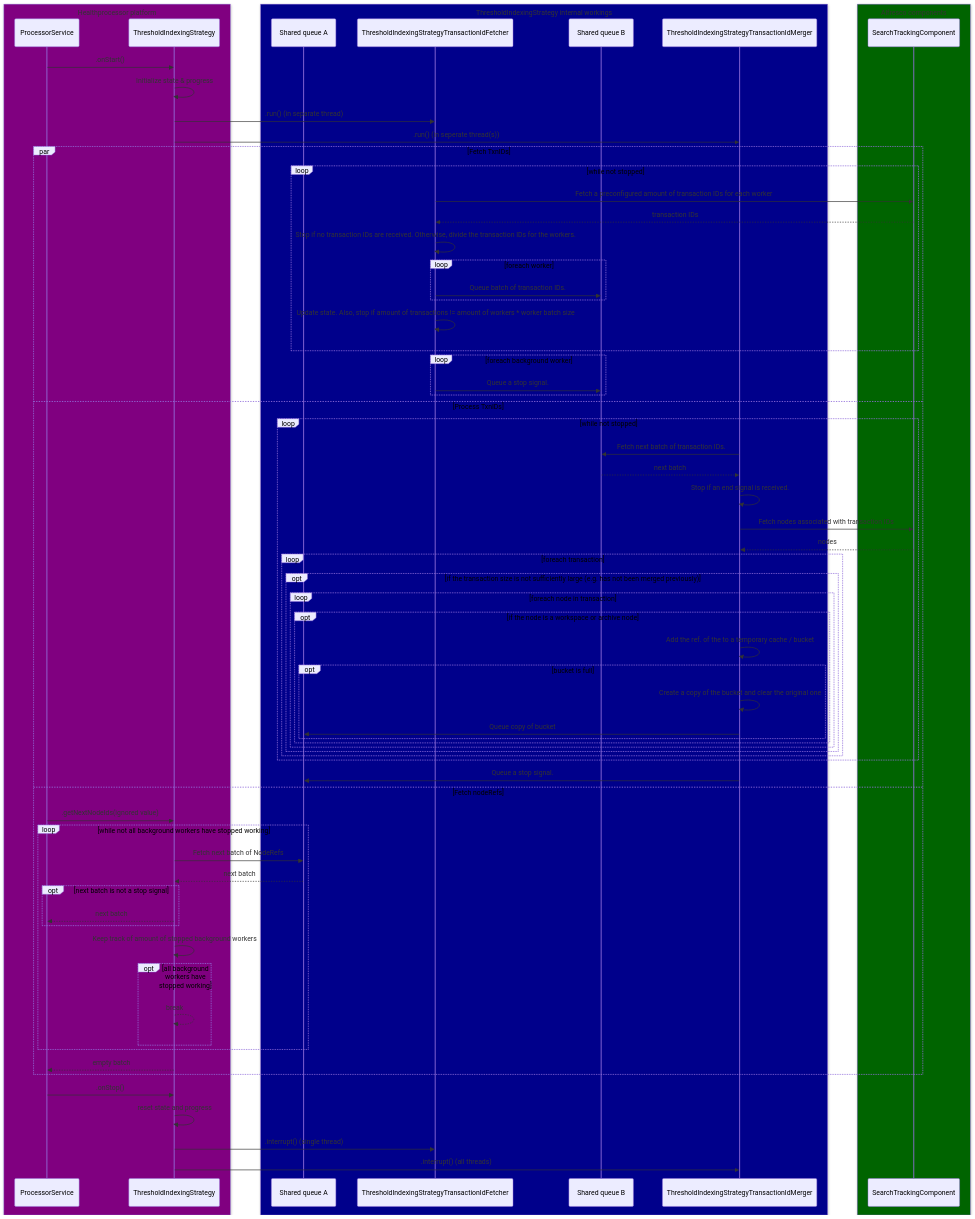
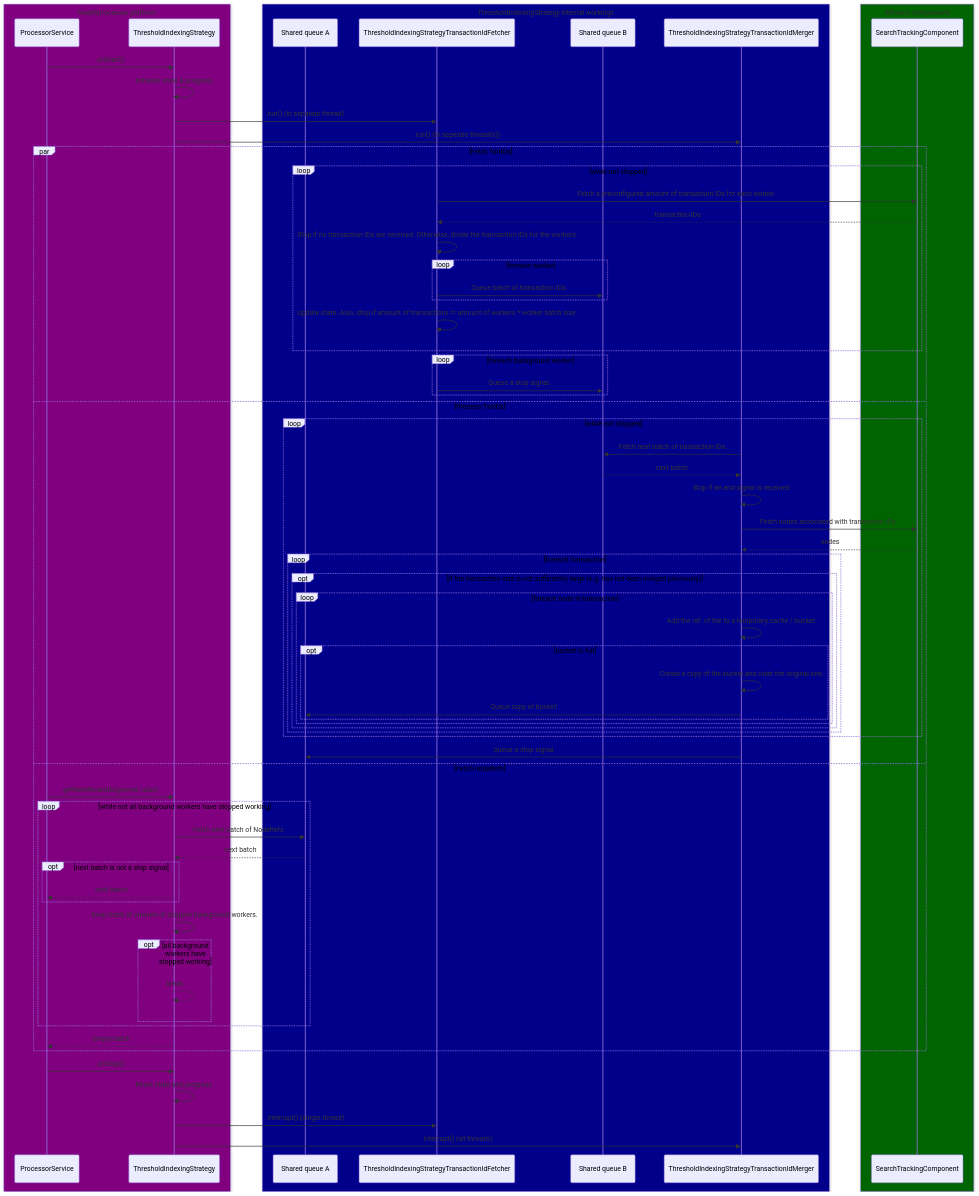
One commit to xenit-eu/alfresco-health-processor changed the diagram in docs/indexing/threshold-indexer-mermaid-diagram.md. Above: the diagram before and after it, drawn with Mermaid. The commit also changed 3 other files, not shown here.

Commit message:
[NYS2AWS-134]  removed workspace & archive store limitations

````diff
--- a/docs/indexing/threshold-indexer-mermaid-diagram.md
+++ b/docs/indexing/threshold-indexer-mermaid-diagram.md
@@ -1,81 +1,78 @@
 ```mermaid
 sequenceDiagram
     box Purple Healthprocessor platform
     participant ProcessorService
     participant ThresholdIndexingStrategy
     end
     box Darkblue ThresholdIndexingStrategy internal workings
     participant Shared queue A
     participant ThresholdIndexingStrategyTransactionIdFetcher
     participant Shared queue B
     participant ThresholdIndexingStrategyTransactionIdMerger
     end
     box Darkgreen Alfresco components
     participant SearchTrackingComponent
     end
 
     
     ProcessorService->>ThresholdIndexingStrategy: .onStart()
-    ThresholdIndexingStrategy->>ThresholdIndexingStrategy: Initialize state & progress
+    ThresholdIndexingStrategy->>ThresholdIndexingStrategy: Initialize state & progress.
     ThresholdIndexingStrategy->>ThresholdIndexingStrategyTransactionIdFetcher: .run() (in separate thread)
     ThresholdIndexingStrategy->>ThresholdIndexingStrategyTransactionIdMerger: .run() (in seperate thread(s))
     
     par Fetch TxnIDs
         loop while not stopped
-            ThresholdIndexingStrategyTransactionIdFetcher->>SearchTrackingComponent: Fetch a preconfigured amount of transaction IDs for each worker
+            ThresholdIndexingStrategyTransactionIdFetcher->>SearchTrackingComponent: Fetch a preconfigured amount of transaction IDs for each worker.
             SearchTrackingComponent-->>ThresholdIndexingStrategyTransactionIdFetcher: transaction IDs
             ThresholdIndexingStrategyTransactionIdFetcher->>ThresholdIndexingStrategyTransactionIdFetcher: Stop if no transaction IDs are received. Otherwise, divide the transaction IDs for the workers.
             loop foreach worker
                 ThresholdIndexingStrategyTransactionIdFetcher->>Shared queue B: Queue batch of transaction IDs.
             end
-            ThresholdIndexingStrategyTransactionIdFetcher->>ThresholdIndexingStrategyTransactionIdFetcher: Update state. Also, stop if amount of transactions != amount of workers * worker batch size
+            ThresholdIndexingStrategyTransactionIdFetcher->>ThresholdIndexingStrategyTransactionIdFetcher: Update state. Also, stop if amount of transactions != amount of workers * worker batch size.
         end
         loop foreach background worker
             ThresholdIndexingStrategyTransactionIdFetcher->>Shared queue B: Queue a stop signal.
         end
 
     and Process TxnIDs
         loop while not stopped
             ThresholdIndexingStrategyTransactionIdMerger->>Shared queue B: Fetch next batch of transaction IDs. 
             Shared queue B-->>ThresholdIndexingStrategyTransactionIdMerger: next batch
             ThresholdIndexingStrategyTransactionIdMerger->>ThresholdIndexingStrategyTransactionIdMerger: Stop if an end signal is received.
-            ThresholdIndexingStrategyTransactionIdMerger->>SearchTrackingComponent: Fetch nodes associated with transaction IDs
+            ThresholdIndexingStrategyTransactionIdMerger->>SearchTrackingComponent: Fetch nodes associated with transaction IDs.
             SearchTrackingComponent-->>ThresholdIndexingStrategyTransactionIdMerger: nodes
             loop foreach transaction
                 opt if the transaction size is not sufficiently large (e.g. has not been merged previously)
                     loop foreach node in transaction
-                        opt if the node is a workspace or archive node
-                            ThresholdIndexingStrategyTransactionIdMerger->>ThresholdIndexingStrategyTransactionIdMerger: Add the ref. of the to a temporary cache / bucket
-                            opt bucket is full
-                                ThresholdIndexingStrategyTransactionIdMerger->>ThresholdIndexingStrategyTransactionIdMerger: Create a copy of the bucket and clear the original one
-                                ThresholdIndexingStrategyTransactionIdMerger->>Shared queue A: Queue copy of bucket
-                            end
+                        ThresholdIndexingStrategyTransactionIdMerger->>ThresholdIndexingStrategyTransactionIdMerger: Add the ref. of the to a temporary cache / bucket.
+                        opt bucket is full
+                            ThresholdIndexingStrategyTransactionIdMerger->>ThresholdIndexingStrategyTransactionIdMerger: Create a copy of the bucket and clear the original one.
+                            ThresholdIndexingStrategyTransactionIdMerger->>Shared queue A: Queue copy of bucket.
                         end
                     end
                 end
             end
         end
         ThresholdIndexingStrategyTransactionIdMerger->>Shared queue A: Queue a stop signal.
     
     and Fetch nodeRefs
         ProcessorService->>ThresholdIndexingStrategy: .getNextNodeIds(ignored value)
         loop while not all background workers have stopped working
-            ThresholdIndexingStrategy->>Shared queue A: Fetch next batch of NodeRefs
+            ThresholdIndexingStrategy->>Shared queue A: Fetch next batch of NodeRefs.
             Shared queue A-->>ThresholdIndexingStrategy: next batch
             opt next batch is not a stop signal
                 ThresholdIndexingStrategy-->>ProcessorService: next batch
             end
-            ThresholdIndexingStrategy->>ThresholdIndexingStrategy: Keep track of amount of stopped background workers
+            ThresholdIndexingStrategy->>ThresholdIndexingStrategy: Keep track of amount of stopped background workers.
             opt all background workers have stopped working
                 ThresholdIndexingStrategy-->>ThresholdIndexingStrategy: break
             end
         end
         ThresholdIndexingStrategy-->>ProcessorService: empty batch
     end
 
     ProcessorService->>ThresholdIndexingStrategy: .onStop()
-    ThresholdIndexingStrategy->>ThresholdIndexingStrategy: reset state and progress
+    ThresholdIndexingStrategy->>ThresholdIndexingStrategy: Reset state and progress.
     ThresholdIndexingStrategy->>ThresholdIndexingStrategyTransactionIdFetcher: .interrupt() (single thread)
     ThresholdIndexingStrategy->>ThresholdIndexingStrategyTransactionIdMerger: .interrupt() (all threads)
-
 ```
````
